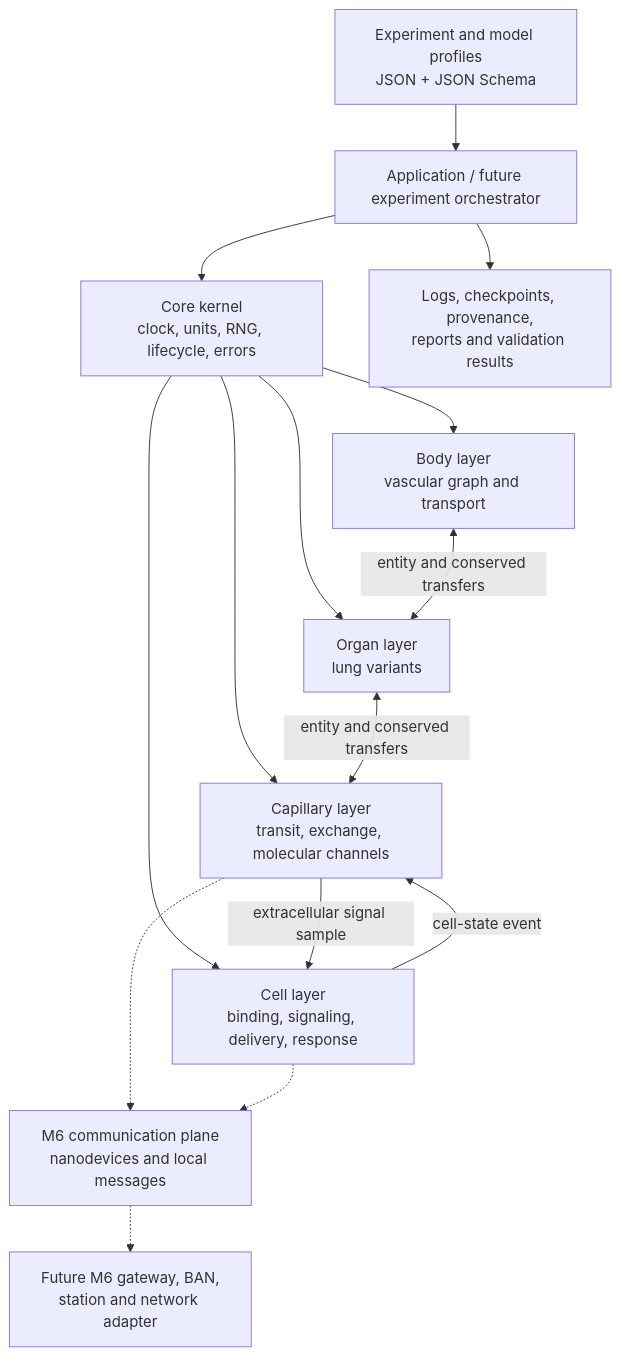
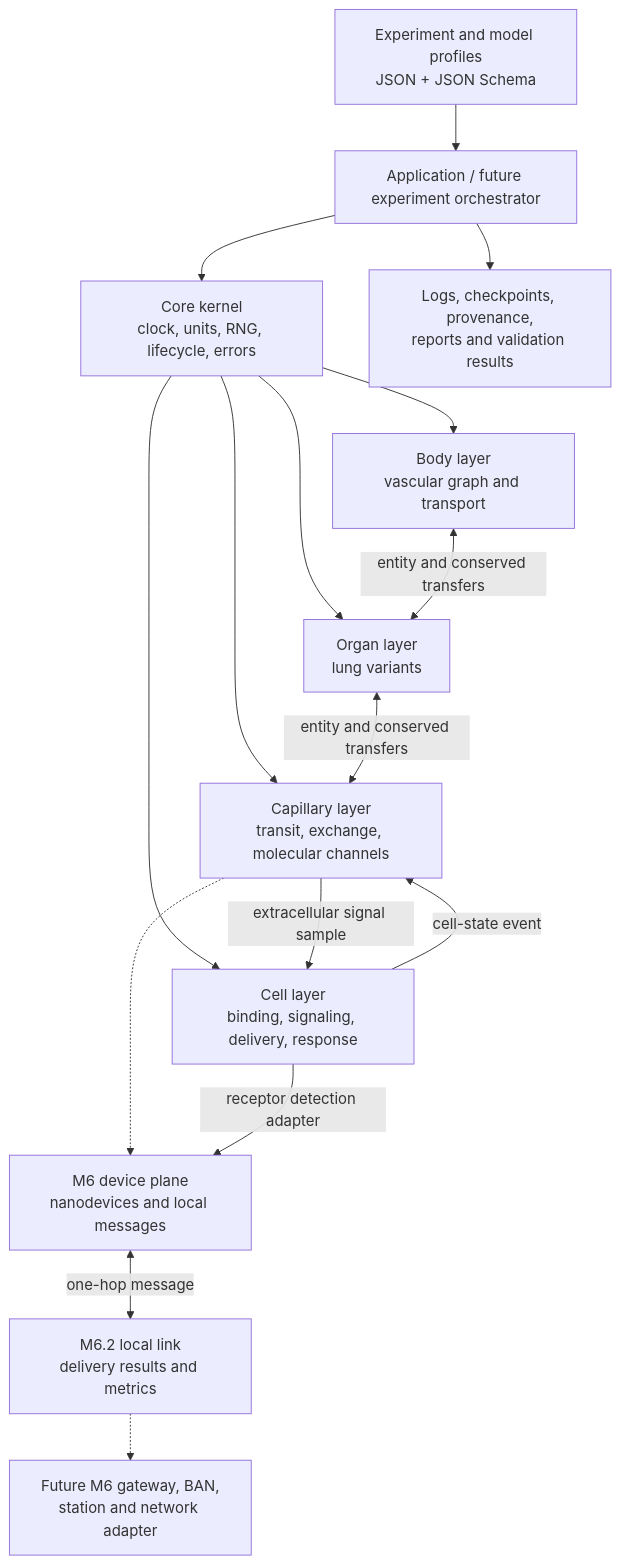
The first of 2 diagrams in docs/architecture/SOFTWARE_ARCHITECTURE.md (RegineWendt/MEHLISSA), drawn with Mermaid before and after one commit. The commit also changed other lines of this file and 29 other files, not shown here.

Commit message:
Add M6.2 detection-to-link communication

````diff
--- a/docs/architecture/SOFTWARE_ARCHITECTURE.md
+++ b/docs/architecture/SOFTWARE_ARCHITECTURE.md
@@ -35,28 +35,30 @@
 ```mermaid
 flowchart TB
     Manifest[Experiment and model profiles<br/>JSON + JSON Schema]
     Runner[Application / future experiment orchestrator]
     Kernel[Core kernel<br/>clock, units, RNG, lifecycle, errors]
     Body[Body layer<br/>vascular graph and transport]
     Organ[Organ layer<br/>lung variants]
     Capillary[Capillary layer<br/>transit, exchange, molecular channels]
     Cell[Cell layer<br/>binding, signaling, delivery, response]
-    IoT[M6 communication plane<br/>nanodevices and local messages]
+    IoT[M6 device plane<br/>nanodevices and local messages]
+    LocalLink[M6.2 local link<br/>delivery results and metrics]
     External[Future M6 gateway, BAN,<br/>station and network adapter]
     Evidence[Logs, checkpoints, provenance,<br/>reports and validation results]
 
     Manifest --> Runner
     Runner --> Kernel
     Kernel --> Body
     Kernel --> Organ
     Kernel --> Capillary
     Kernel --> Cell
     Body <-->|entity and conserved transfers| Organ
     Organ <-->|entity and conserved transfers| Capillary
     Capillary -->|extracellular signal sample| Cell
     Cell -->|cell-state event| Capillary
     Capillary -.-> IoT
-    Cell -.-> IoT
-    IoT -.-> External
+    Cell -->|receptor detection adapter| IoT
+    IoT <-->|one-hop message| LocalLink
+    LocalLink -.-> External
     Runner --> Evidence
 ```
````
